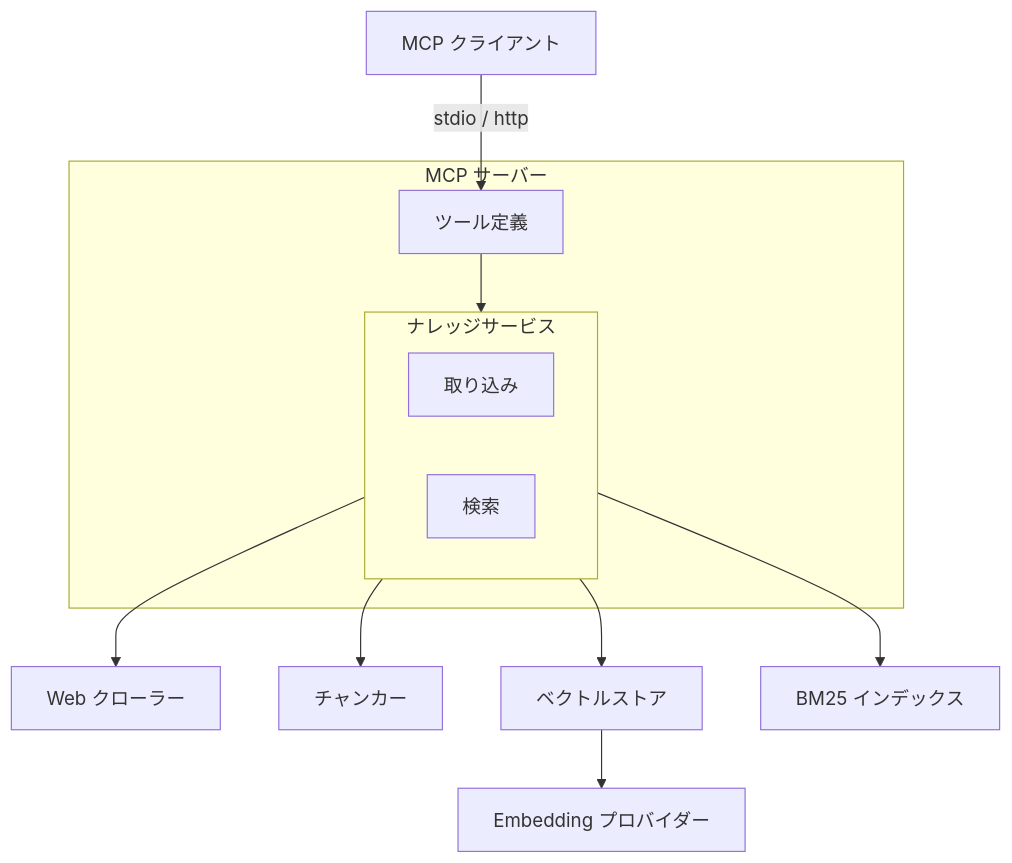
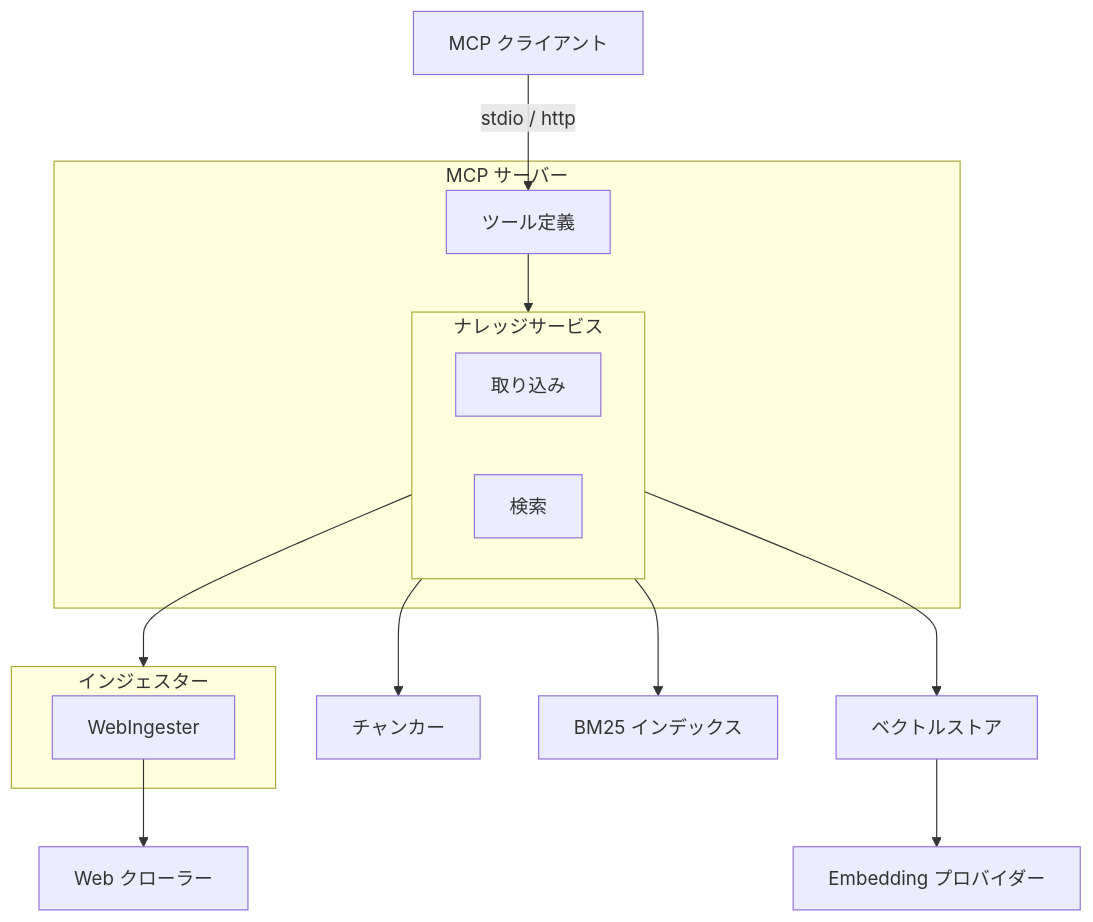
One commit to becky3/rag-knowledge changed the first of 4 diagrams in docs/specs/rag-knowledge.md. Above: the diagram before and after it, drawn with Mermaid. The commit also changed other lines of this file and 7 other files, not shown here.

````diff
--- a/docs/specs/rag-knowledge.md
+++ b/docs/specs/rag-knowledge.md
@@ -74,26 +74,31 @@
 ```mermaid
 flowchart TB
     CLIENT["MCP クライアント"]
 
     subgraph MCP["MCP サーバー"]
         TOOLS["ツール定義"]
         subgraph Service["ナレッジサービス"]
             INGEST["取り込み"]
             RETRIEVE["検索"]
         end
     end
 
+    subgraph Ingesters["インジェスター"]
+        WING["WebIngester"]
+    end
+
     CRAWLER["Web クローラー"]
     CHUNKER["チャンカー"]
     VECTOR["ベクトルストア"]
     BM25["BM25 インデックス"]
     EMBED["Embedding プロバイダー"]
 
     CLIENT -->|stdio / http| TOOLS
     TOOLS --> Service
-    Service --> CRAWLER
+    Service --> Ingesters
+    WING --> CRAWLER
     Service --> CHUNKER
     Service --> VECTOR
     Service --> BM25
     VECTOR --> EMBED
 ```
````
